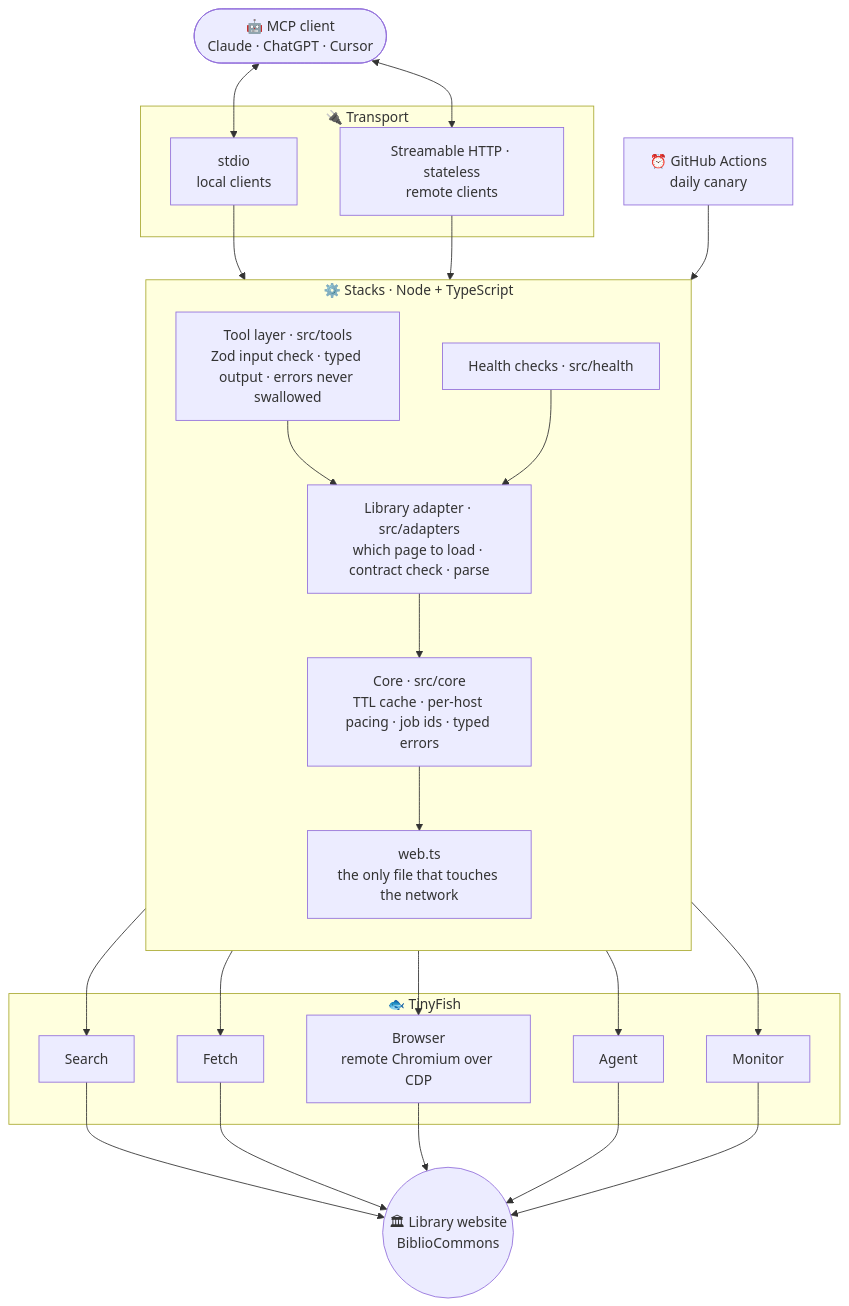
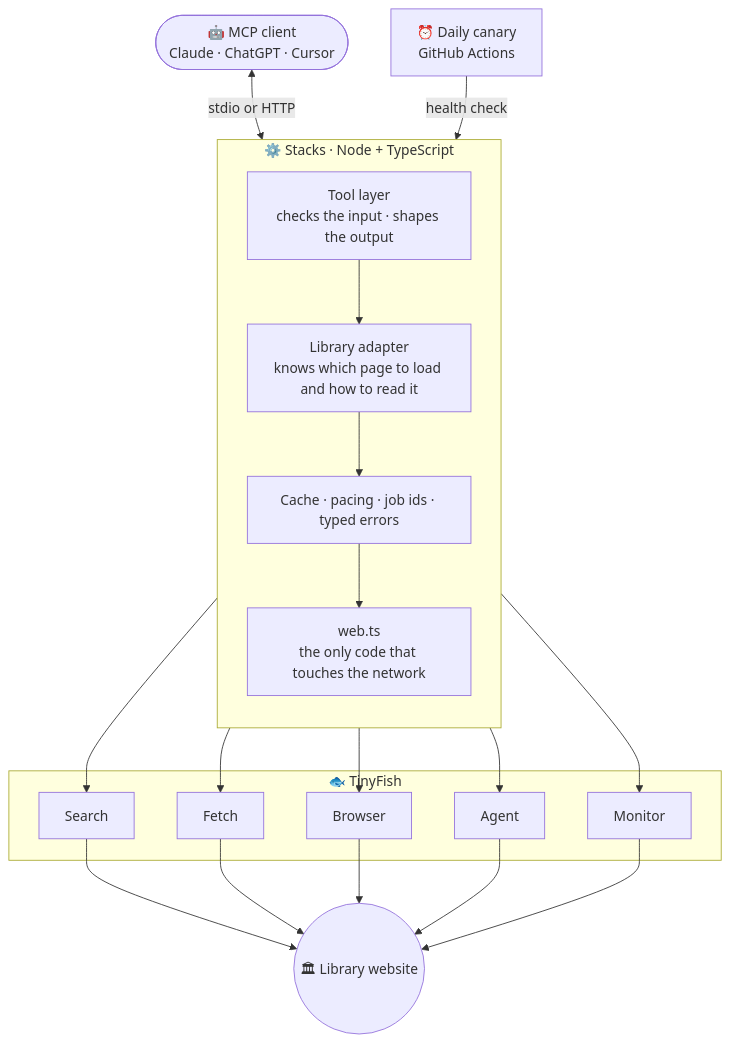
The second of 6 diagrams in README.md (VivekSalwan2000/stacks-mcp), drawn with Mermaid before and after one commit. The commit also changed other lines of this file and 4 other files, not shown here.

````diff
--- a/README.md
+++ b/README.md
@@ -230,37 +170,29 @@
 ```mermaid
 flowchart TB
   client(["🤖 MCP client<br/>Claude · ChatGPT · Cursor"])
 
-  subgraph T["🔌 Transport"]
-    stdio["stdio<br/>local clients"]
-    http["Streamable HTTP · stateless<br/>remote clients"]
-  end
-
   subgraph S["⚙️ Stacks · Node + TypeScript"]
     direction TB
-    tool["Tool layer · src/tools<br/>Zod input check · typed output · errors never swallowed"]
-    adapter["Library adapter · src/adapters<br/>which page to load · contract check · parse"]
-    core["Core · src/core<br/>TTL cache · per-host pacing · job ids · typed errors"]
-    web["web.ts<br/>the only file that touches the network"]
-    health["Health checks · src/health"]
+    tool["Tool layer<br/>checks the input · shapes the output"]
+    adapter["Library adapter<br/>knows which page to load and how to read it"]
+    core["Cache · pacing · job ids · typed errors"]
+    web["web.ts<br/>the only code that touches the network"]
     tool --> adapter --> core --> web
-    health --> adapter
   end
 
   subgraph TF["🐟 TinyFish"]
     search["Search"]
     fetch["Fetch"]
-    browser["Browser<br/>remote Chromium over CDP"]
+    browser["Browser"]
     agent["Agent"]
     monitor["Monitor"]
   end
 
-  site(("🏛 Library website<br/>BiblioCommons"))
-  ci["⏰ GitHub Actions<br/>daily canary"]
+  site(("🏛 Library website"))
+  ci["⏰ Daily canary<br/>GitHub Actions"]
 
-  client <--> stdio & http
-  stdio & http --> tool
+  client <-->|"stdio or HTTP"| tool
   web --> search & fetch & browser & agent & monitor
   search & fetch & browser & agent & monitor --> site
-  ci --> health
+  ci -->|"health check"| adapter
 ```
````
